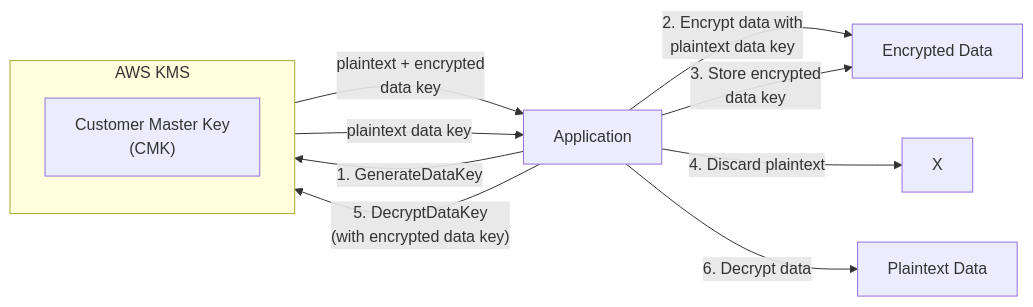
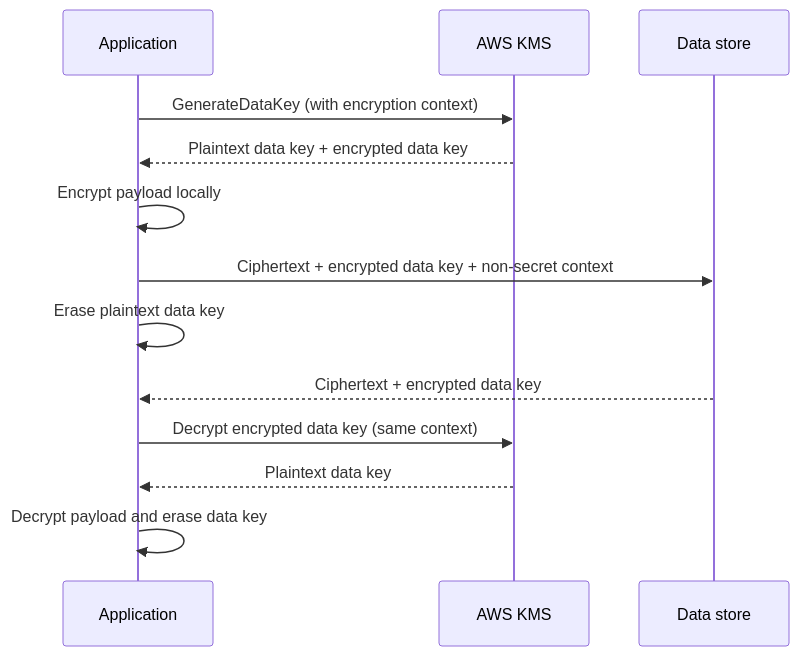
Before and after one commit to AlexanderBesss/AWS_best_praactices: the second of 2 diagrams in Security/KMS-Best-Practices.md, drawn with Mermaid. The commit also changed other lines of this file and 31 other files, not shown here.

````diff
--- a/Security/KMS-Best-Practices.md
+++ b/Security/KMS-Best-Practices.md
@@ -97,14 +71,15 @@
 ```mermaid
-flowchart LR
-    subgraph KMS["AWS KMS"]
-        CMK["Customer Master Key\n(CMK)"]
-    end
-    App["Application"] -->|"1. GenerateDataKey"| KMS
-    KMS -->|"plaintext + encrypted\ndata key"| App
-    App -->|"2. Encrypt data with\nplaintext data key"| ED["Encrypted Data"]
-    App -->|"3. Store encrypted\ndata key"| ED
-    App -->|"4. Discard plaintext"| X["X"]
-    App -->|"5. DecryptDataKey\n(with encrypted data key)"| KMS
-    KMS -->|"plaintext data key"| App
-    App -->|"6. Decrypt data"| PD["Plaintext Data"]
+sequenceDiagram
+    participant App as Application
+    participant KMS as AWS KMS
+    participant Store as Data store
+    App->>KMS: GenerateDataKey (with encryption context)
+    KMS-->>App: Plaintext data key + encrypted data key
+    App->>App: Encrypt payload locally
+    App->>Store: Ciphertext + encrypted data key + non-secret context
+    App->>App: Erase plaintext data key
+    Store-->>App: Ciphertext + encrypted data key
+    App->>KMS: Decrypt encrypted data key (same context)
+    KMS-->>App: Plaintext data key
+    App->>App: Decrypt payload and erase data key
 ```
````
